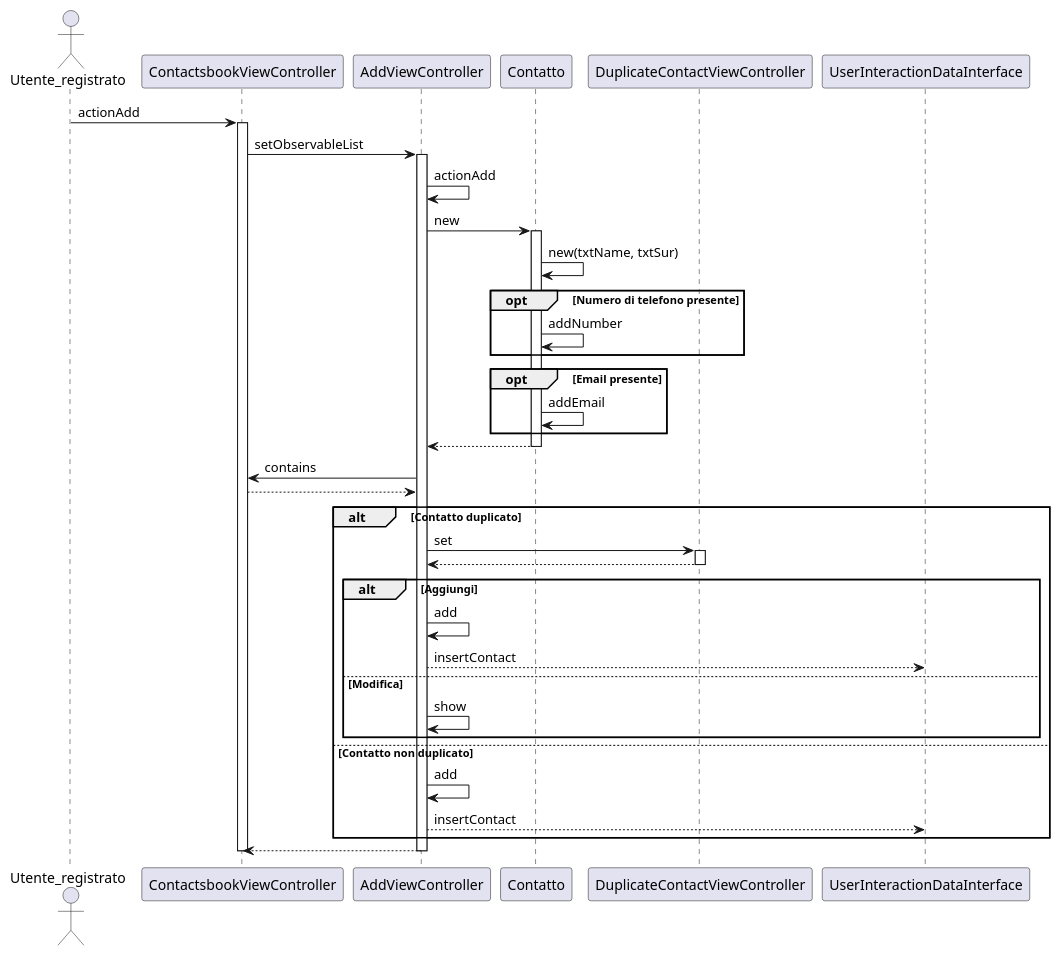
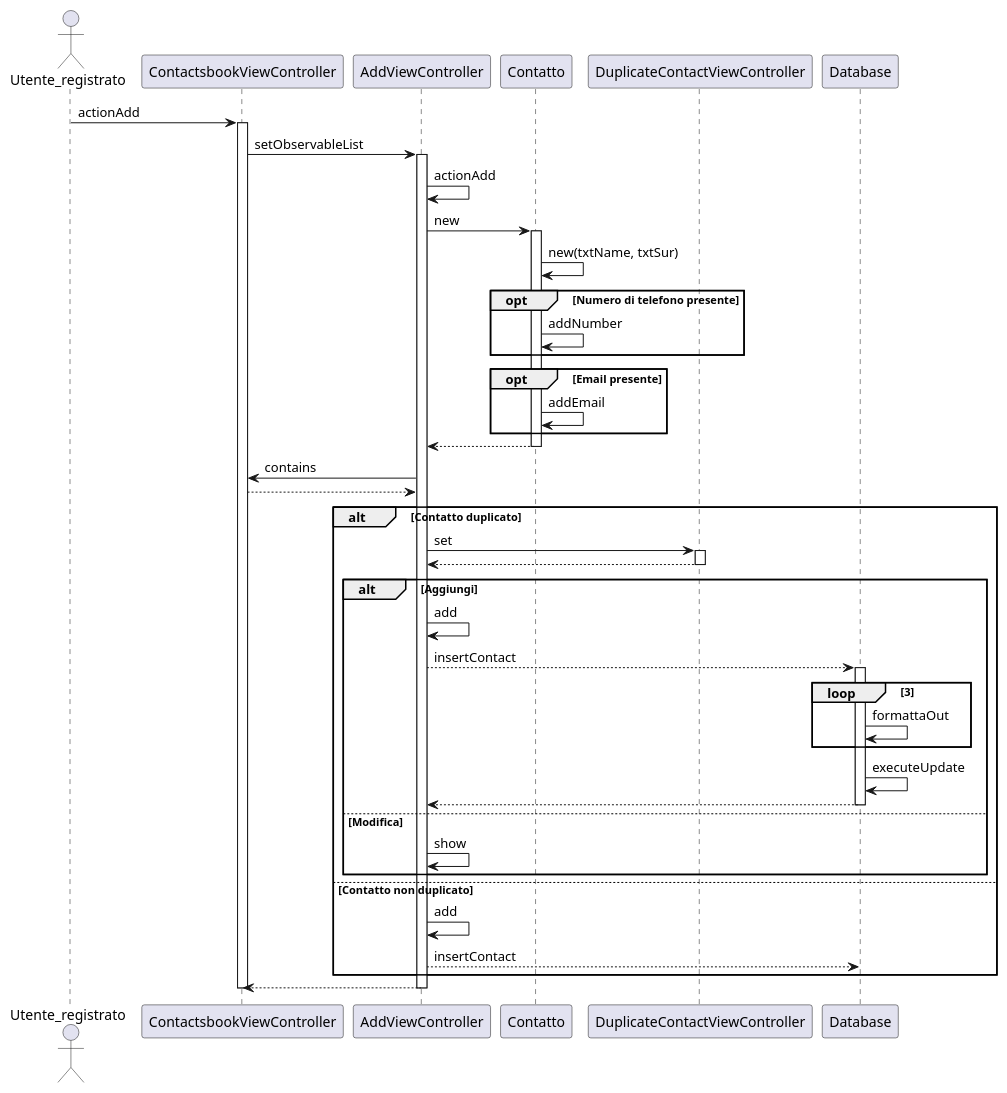
One commit to CupoMeridio/Ingegneria-del-software-2024-2025 changed the diagram in src/main/resources/SequenceDiagrams/SequenceDiagramm_actionAdd.puml. Above: the diagram before and after it, drawn with PlantUML. The commit also changed 3 other files, not shown here.

Commit message:
Diagramm actionAdd e actionModify uniti all'interazione col database

```diff
--- a/src/main/resources/SequenceDiagrams/SequenceDiagramm_actionAdd.puml
+++ b/src/main/resources/SequenceDiagrams/SequenceDiagramm_actionAdd.puml
@@ -1,47 +1,54 @@
 @startuml
 actor Utente_registrato
 participant ContactsbookViewController
 participant AddViewController
 participant "Contatto" as Contact
 participant DuplicateContactViewController
-participant UserInteractionDataInterface
+participant Database
 
 Utente_registrato -> ContactsbookViewController: actionAdd
 activate ContactsbookViewController
 ContactsbookViewController->AddViewController: setObservableList
 activate AddViewController
 AddViewController -> AddViewController: actionAdd
 AddViewController -> Contact: new
 activate Contact
 Contact->Contact: new(txtName, txtSur)
 opt Numero di telefono presente
     Contact -> Contact: addNumber
 end
 opt Email presente
     Contact -> Contact: addEmail
 end
 Contact --> AddViewController
 deactivate Contact
 AddViewController->ContactsbookViewController: contains
 ContactsbookViewController-->AddViewController
 
 alt Contatto duplicato
     AddViewController -> DuplicateContactViewController: set
     activate DuplicateContactViewController
     DuplicateContactViewController-->AddViewController
     deactivate DuplicateContactViewController 
         alt Aggiungi
             AddViewController->AddViewController:add
-            AddViewController-->UserInteractionDataInterface: insertContact
+            AddViewController-->Database: insertContact
+            activate Database
+            loop 3
+             Database -> Database: formattaOut
+            end 
+            Database -> Database: executeUpdate
+            Database --> AddViewController
+            deactivate Database
         else Modifica
             AddViewController->AddViewController:show
         end
 else Contatto non duplicato
 AddViewController->AddViewController: add
-AddViewController-->UserInteractionDataInterface: insertContact
+AddViewController-->Database: insertContact
 end
 deactivate Contact
 AddViewController-->ContactsbookViewController
 deactivate AddViewController
 deactivate ContactsbookViewController
 @enduml 
```
